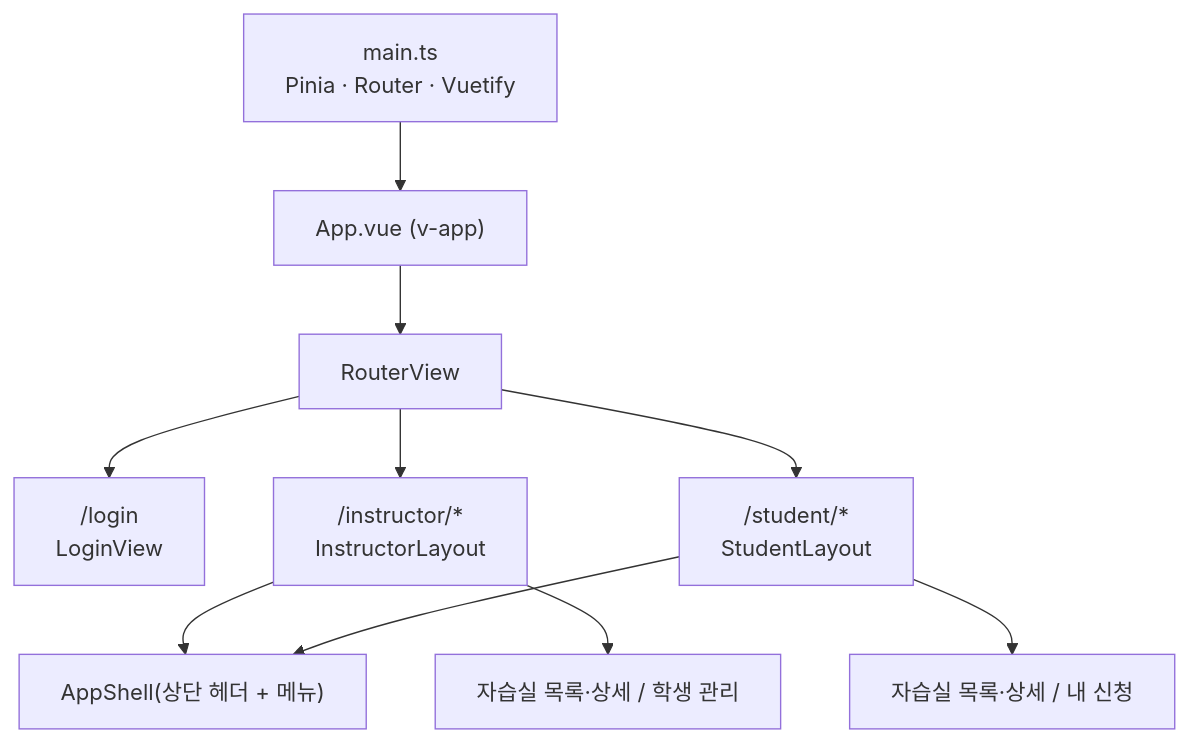
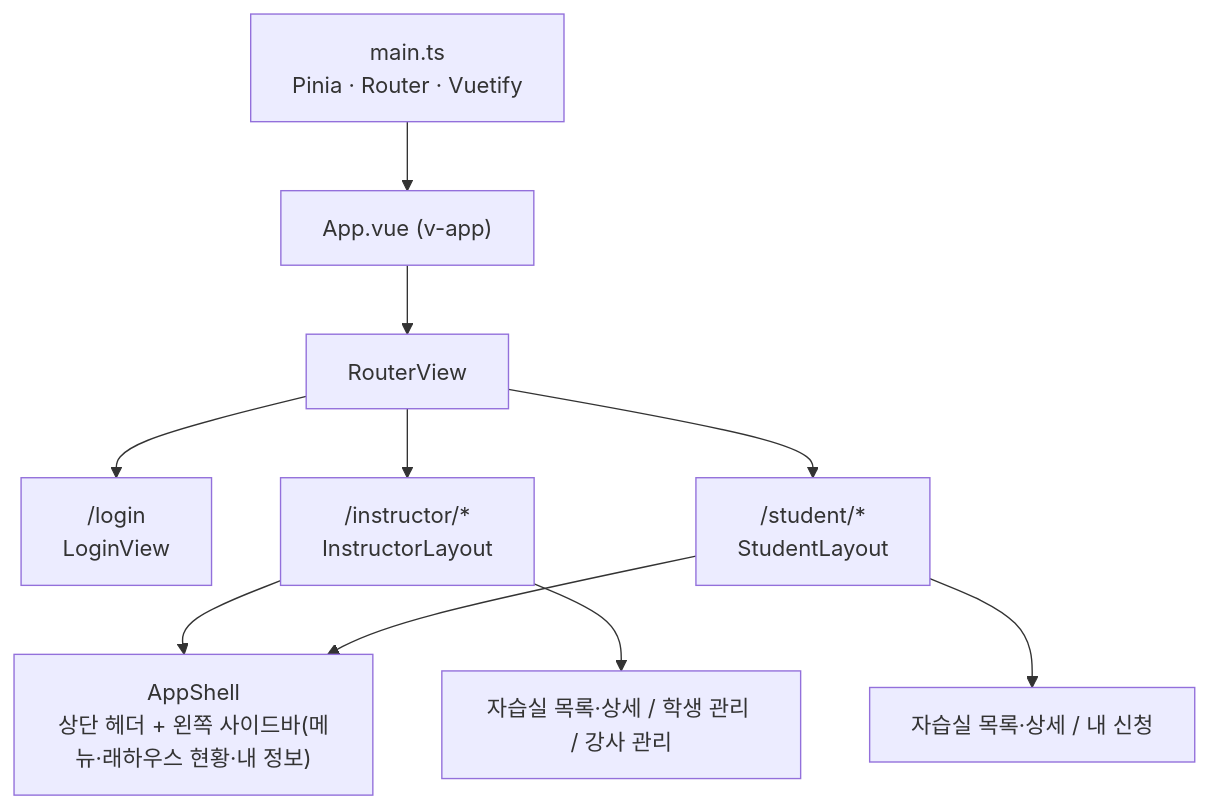
The eighth of 8 diagrams in docs/02-시스템-아키텍처.md (youngeiya/study-room-reservation), drawn with Mermaid before and after one commit. The commit also changed other lines of this file and 3 other files, not shown here.

````diff
--- a/docs/02-시스템-아키텍처.md
+++ b/docs/02-시스템-아키텍처.md
@@ -238,12 +238,12 @@
 ```mermaid
 flowchart TB
   main["main.ts<br/>Pinia · Router · Vuetify"] --> app["App.vue (v-app)"]
   app --> rv["RouterView"]
   rv --> login["/login<br/>LoginView"]
   rv --> inst["/instructor/*<br/>InstructorLayout"]
   rv --> stud["/student/*<br/>StudentLayout"]
-  inst --> shell1["AppShell(상단 헤더 + 메뉴)"]
+  inst --> shell1["AppShell<br/>상단 헤더 + 왼쪽 사이드바(메뉴·래하우스 현황·내 정보)"]
   stud --> shell1
-  inst --> ir["자습실 목록·상세 / 학생 관리"]
+  inst --> ir["자습실 목록·상세 / 학생 관리 / 강사 관리"]
   stud --> sr["자습실 목록·상세 / 내 신청"]
 ```
````
